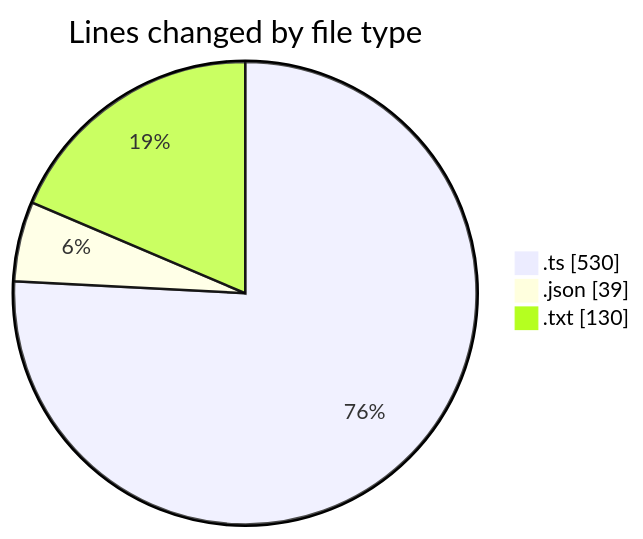
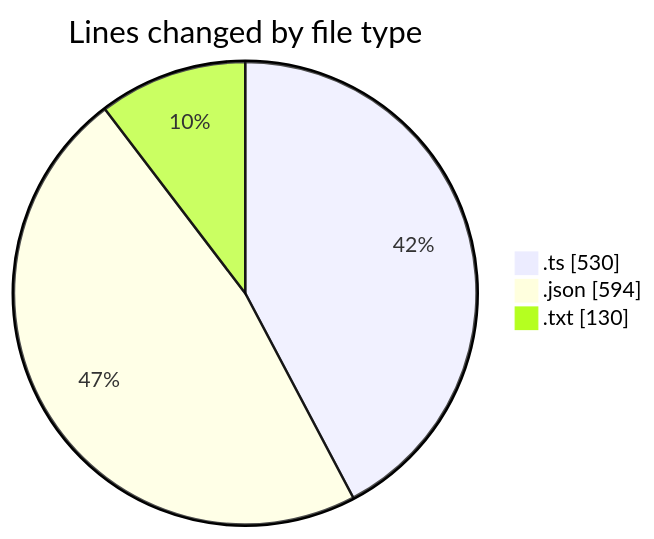
One commit to EIIisD/code-tracking changed the first of 2 diagrams in 2025-07-21/vtuber/README.md. Above: the diagram before and after it, drawn with Mermaid. The commit also changed other lines of this file and 1 other file, not shown here.

````diff
--- a/2025-07-21/vtuber/README.md
+++ b/2025-07-21/vtuber/README.md
@@ -23,7 +24,7 @@
 ```mermaid
 pie showData
 title Lines changed by file type
 ".ts" : 530
-".json" : 39
+".json" : 594
 ".txt" : 130
 ```
````
